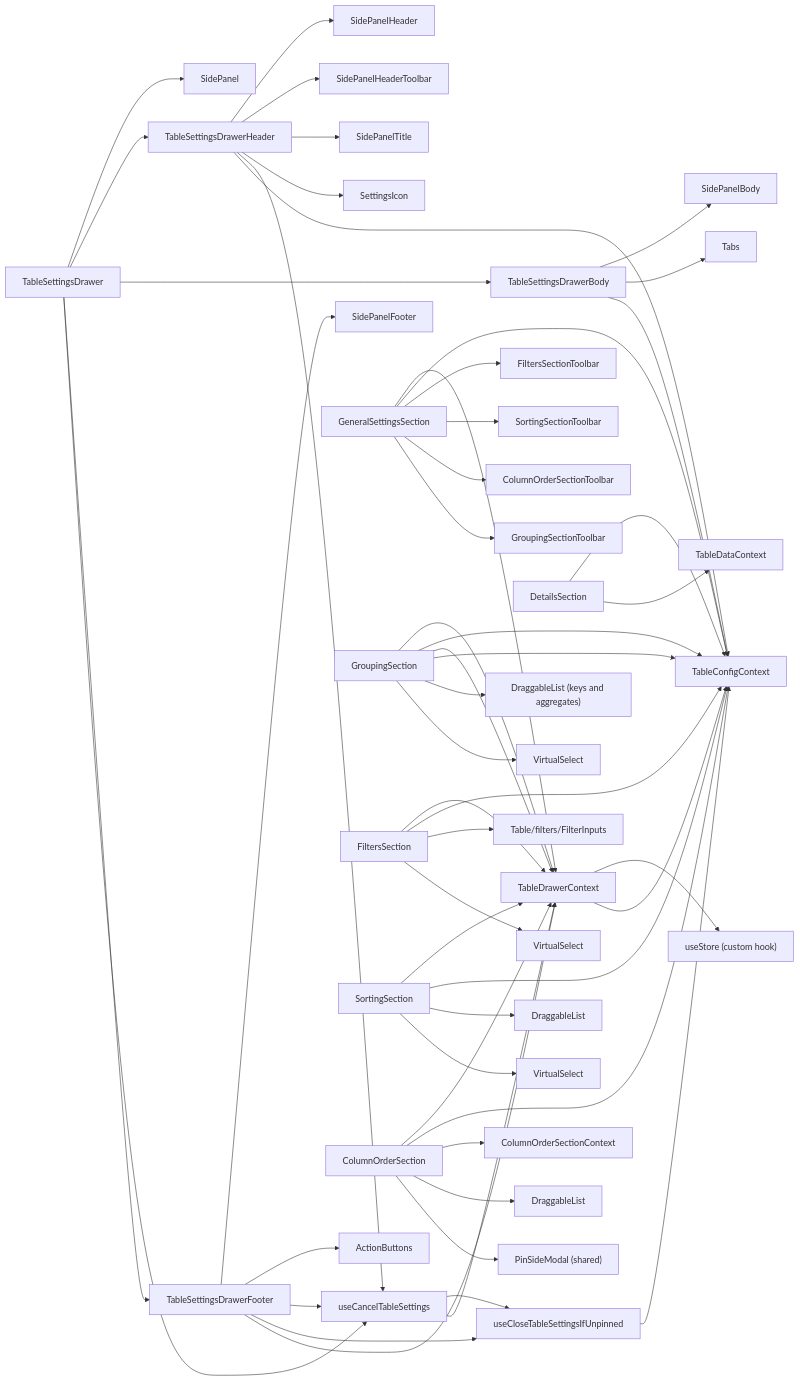
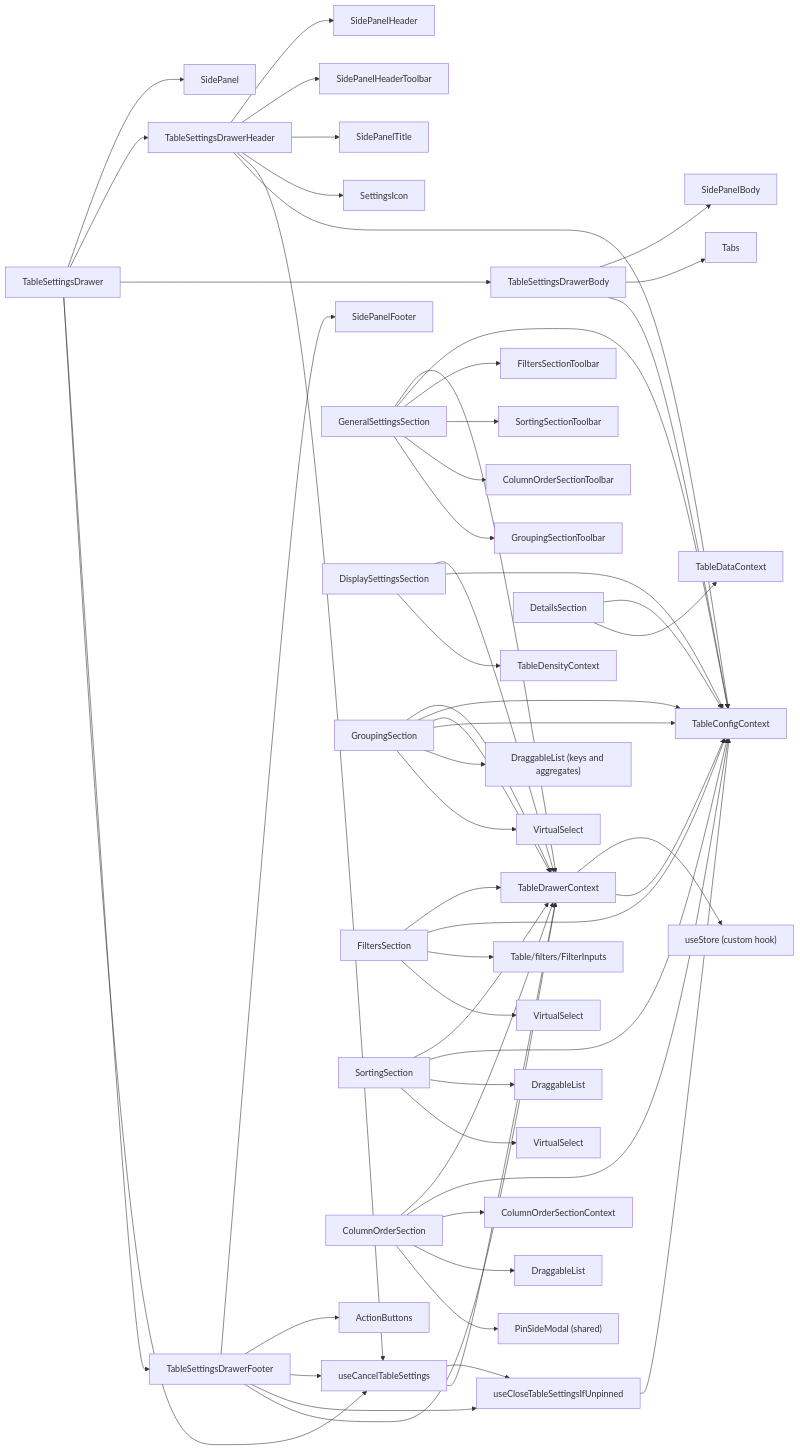
The first of 3 diagrams in packages/ui/src/components/Table/TableSettingsDrawer/ARCHITECTURE.md (luciocabrera/lcabrera-stack), drawn with Mermaid before and after one commit. The commit also changed other lines of this file and 99 other files, not shown here.

First line of the commit message:
feat(ui): move table density to a Display tab with header density and a global default (#1623)

````diff
--- a/packages/ui/src/components/Table/TableSettingsDrawer/ARCHITECTURE.md
+++ b/packages/ui/src/components/Table/TableSettingsDrawer/ARCHITECTURE.md
@@ -133,66 +138,70 @@
 ```mermaid
 graph LR
   TSD["TableSettingsDrawer"] --> SidePanel
   TSD --> TSDHeader["TableSettingsDrawerHeader"]
   TSD --> TSDBody["TableSettingsDrawerBody"]
   TSD --> TSDFooter["TableSettingsDrawerFooter"]
   TSD --> CancelHook["useCancelTableSettings"]
 
   TSDHeader --> SidePanelHeader
   TSDHeader --> SidePanelHeaderToolbar
   TSDHeader --> SidePanelTitle
   TSDHeader --> SettingsIcon
   TSDHeader --> CancelHook
   TSDHeader --> TableConfigContext
 
   TSDBody --> SidePanelBody
   TSDBody --> Tabs
   TSDBody --> TableConfigContext
 
   TSDFooter --> SidePanelFooter
   TSDFooter --> ActionButtons
   TSDFooter --> CancelHook
   TSDFooter --> CloseHook["useCloseTableSettingsIfUnpinned"]
   TSDFooter --> TableDrawerContext
 
   CancelHook --> CloseHook
   CancelHook --> TableDrawerContext
   CloseHook --> TableConfigContext
 
   TableDrawerContext --> useStore["useStore (custom hook)"]
   TableDrawerContext --> TableConfigContext
 
   GeneralSettingsSection --> TableDrawerContext
   GeneralSettingsSection --> TableConfigContext
   GeneralSettingsSection --> FiltersSectionToolbar
   GeneralSettingsSection --> SortingSectionToolbar
   GeneralSettingsSection --> ColumnOrderSectionToolbar
   GeneralSettingsSection --> GroupingSectionToolbar
 
+  DisplaySettingsSection --> TableDrawerContext
+  DisplaySettingsSection --> TableConfigContext
+  DisplaySettingsSection --> TableDensityContext
+
   GroupingSection --> TableDrawerContext
   GroupingSection --> TableConfigContext
 
   DetailsSection --> TableConfigContext
   DetailsSection --> TableDataContext
 
   FiltersSection --> TableDrawerContext
   FiltersSection --> TableConfigContext
   FiltersSection --> FilterInputs["Table/filters/FilterInputs"]
   FiltersSection --> VirtualSelect
 
   SortingSection --> TableDrawerContext
   SortingSection --> TableConfigContext
   SortingSection --> DraggableList
   SortingSection --> VirtualSelect2["VirtualSelect"]
 
   GroupingSection --> TableDrawerContext
   GroupingSection --> TableConfigContext
   GroupingSection --> DraggableList3["DraggableList (keys and aggregates)"]
   GroupingSection --> VirtualSelect3["VirtualSelect"]
 
   ColumnOrderSection --> TableDrawerContext
   ColumnOrderSection --> TableConfigContext
   ColumnOrderSection --> ColumnOrderSectionContext
   ColumnOrderSection --> DraggableList2["DraggableList"]
   ColumnOrderSection --> PinSideModal["PinSideModal (shared)"]
 ```
````
